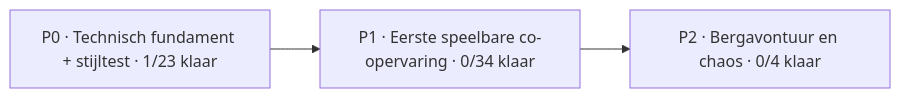
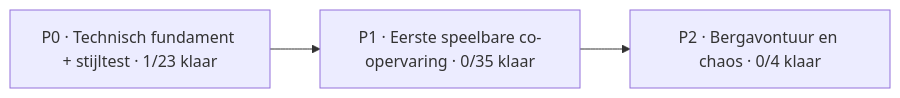
One commit to mlemson/conductor-chaos changed the diagram in Docs/PROJECT_BOARD.md. Above: the diagram before and after it, drawn with Mermaid. The commit also changed other lines of this file, not shown here.

````diff
--- a/Docs/PROJECT_BOARD.md
+++ b/Docs/PROJECT_BOARD.md
@@ -13,7 +13,7 @@
 ```mermaid
 flowchart LR
     P0["P0 · Technisch fundament + stijltest · 1/23 klaar"]
-    P1["P1 · Eerste speelbare co-opervaring · 0/34 klaar"]
+    P1["P1 · Eerste speelbare co-opervaring · 0/35 klaar"]
     P2["P2 · Bergavontuur en chaos · 0/4 klaar"]
     P0 --> P1 --> P2
 ```
````
